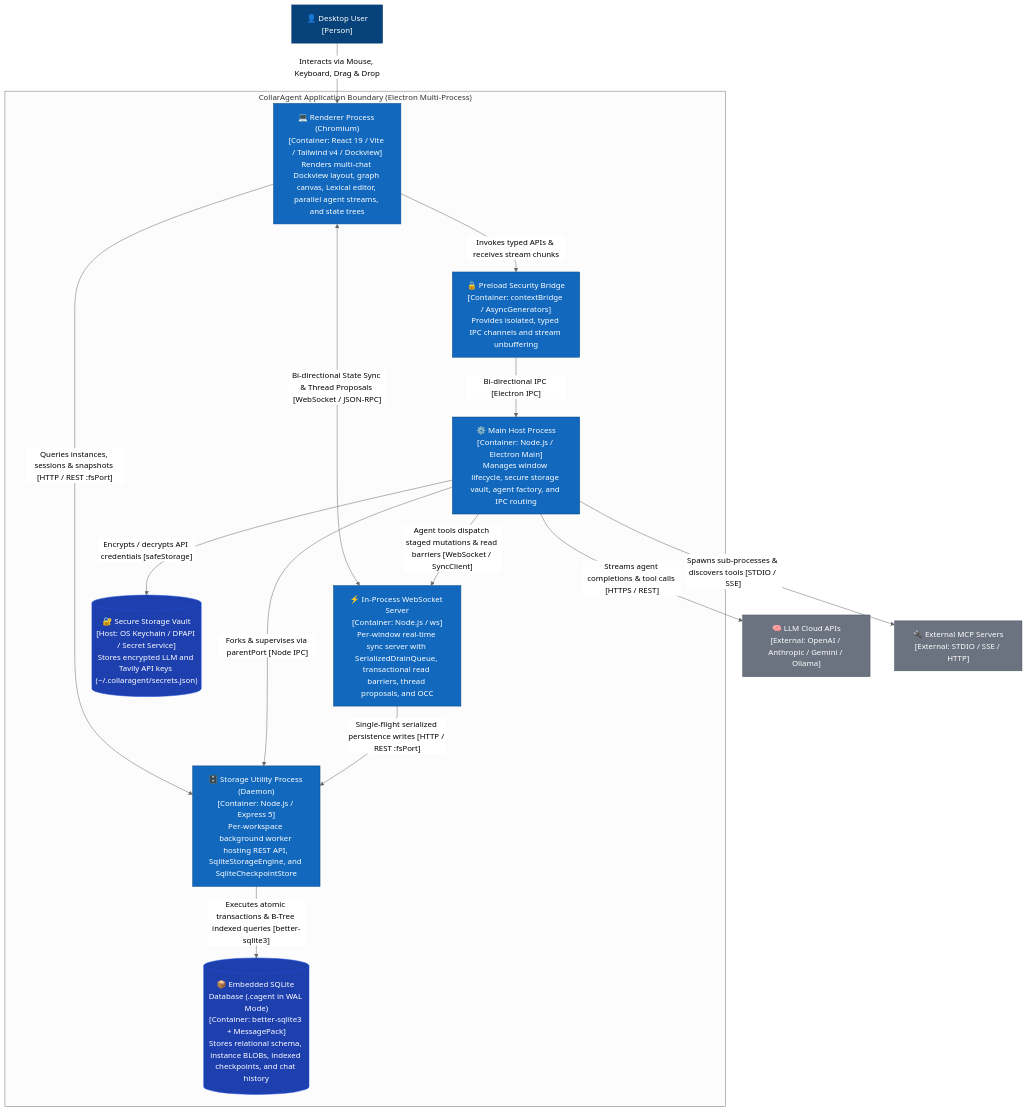
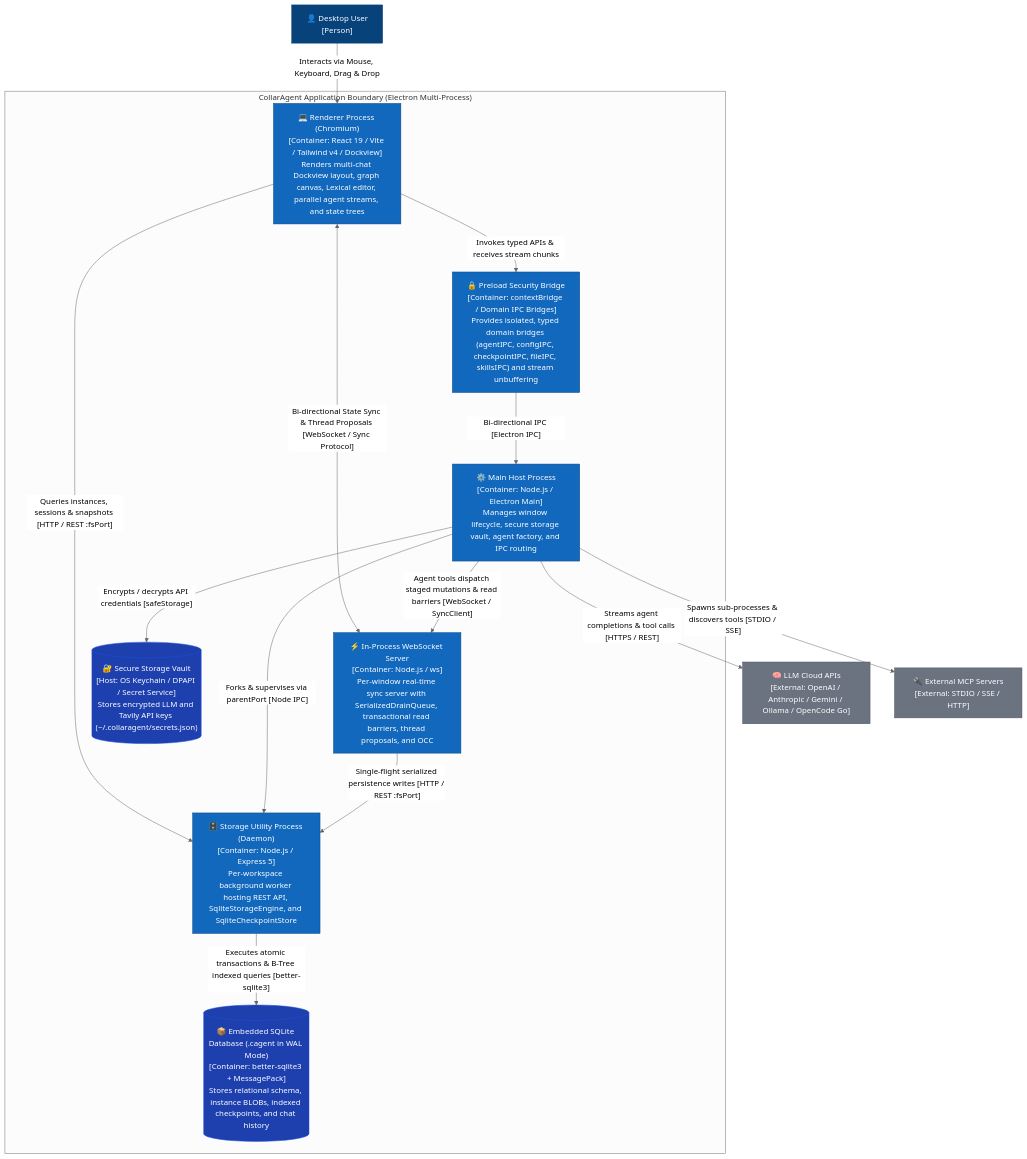
The diagram in docs/design-catalog/c2-containers/containers.mmd (Goldwaterfung/Collaragent), drawn with Mermaid (neutral theme) before and after one commit. The commit also changed 42 other files, not shown here.

```diff
--- a/docs/design-catalog/c2-containers/containers.mmd
+++ b/docs/design-catalog/c2-containers/containers.mmd
@@ -1,44 +1,44 @@
 flowchart TB
     %% C2 Container Styling
     classDef person fill:#08427b,stroke:#073b6f,color:#fff;
     classDef container fill:#1168bd,stroke:#0b4884,color:#fff;
     classDef database fill:#1e40af,stroke:#1d4ed8,color:#fff;
     classDef external fill:#6b7280,stroke:#4b5563,color:#fff;
     classDef boundary fill:none,stroke:#94a3b8,stroke-width:2px,stroke-dasharray: 5 5;
 
     User["👤 Desktop User<br/>[Person]"]:::person
 
     subgraph DesktopProcessBoundary ["CollarAgent Application Boundary (Electron Multi-Process)"]
         
         RendererUI["💻 Renderer Process (Chromium)<br/>[Container: React 19 / Vite / Tailwind v4 / Dockview]<br/>Renders multi-chat Dockview layout, graph canvas, Lexical editor, parallel agent streams, and state trees"]:::container
         
-        PreloadBridge["🔒 Preload Security Bridge<br/>[Container: contextBridge / AsyncGenerators]<br/>Provides isolated, typed IPC channels and stream unbuffering"]:::container
+        PreloadBridge["🔒 Preload Security Bridge<br/>[Container: contextBridge / Domain IPC Bridges]<br/>Provides isolated, typed domain bridges (agentIPC, configIPC, checkpointIPC, fileIPC, skillsIPC) and stream unbuffering"]:::container
         
         MainHost["⚙️ Main Host Process<br/>[Container: Node.js / Electron Main]<br/>Manages window lifecycle, secure storage vault, agent factory, and IPC routing"]:::container
         
         WSServer["⚡ In-Process WebSocket Server<br/>[Container: Node.js / ws]<br/>Per-window real-time sync server with SerializedDrainQueue, transactional read barriers, thread proposals, and OCC"]:::container
         
         UtilityServer["🗄️ Storage Utility Process (Daemon)<br/>[Container: Node.js / Express 5]<br/>Per-workspace background worker hosting REST API, SqliteStorageEngine, and SqliteCheckpointStore"]:::container
 
         LocalVault[("🔐 Secure Storage Vault<br/>[Host: OS Keychain / DPAPI / Secret Service]<br/>Stores encrypted LLM and Tavily API keys (~/.collaragent/secrets.json)")]:::database
         
         ProjectStore[("📦 Embedded SQLite Database (.cagent in WAL Mode)<br/>[Container: better-sqlite3 + MessagePack]<br/>Stores relational schema, instance BLOBs, indexed checkpoints, and chat history")]:::database
     end
 
-    ExternalLLM["🧠 LLM Cloud APIs<br/>[External: OpenAI / Anthropic / Gemini / Ollama]"]:::external
+    ExternalLLM["🧠 LLM Cloud APIs<br/>[External: OpenAI / Anthropic / Gemini / Ollama / OpenCode Go]"]:::external
     ExternalMCP["🔌 External MCP Servers<br/>[External: STDIO / SSE / HTTP]"]:::external
 
     User -->|"Interacts via Mouse, Keyboard, Drag & Drop"| RendererUI
     RendererUI -->|"Invokes typed APIs & receives stream chunks"| PreloadBridge
     PreloadBridge -->|"Bi-directional IPC [Electron IPC]"| MainHost
-    RendererUI <-->|"Bi-directional State Sync & Thread Proposals [WebSocket / JSON-RPC]"| WSServer
+    RendererUI <-->|"Bi-directional State Sync & Thread Proposals [WebSocket / Sync Protocol]"| WSServer
     RendererUI -->|"Queries instances, sessions & snapshots [HTTP / REST :fsPort]"| UtilityServer
     
     MainHost -->|"Forks & supervises via parentPort [Node IPC]"| UtilityServer
     MainHost -->|"Agent tools dispatch staged mutations & read barriers [WebSocket / SyncClient]"| WSServer
     WSServer -->|"Single-flight serialized persistence writes [HTTP / REST :fsPort]"| UtilityServer
     MainHost -->|"Encrypts / decrypts API credentials [safeStorage]"| LocalVault
     MainHost -->|"Streams agent completions & tool calls [HTTPS / REST]"| ExternalLLM
     MainHost -->|"Spawns sub-processes & discovers tools [STDIO / SSE]"| ExternalMCP
     
     UtilityServer -->|"Executes atomic transactions & B-Tree indexed queries [better-sqlite3]"| ProjectStore
```
